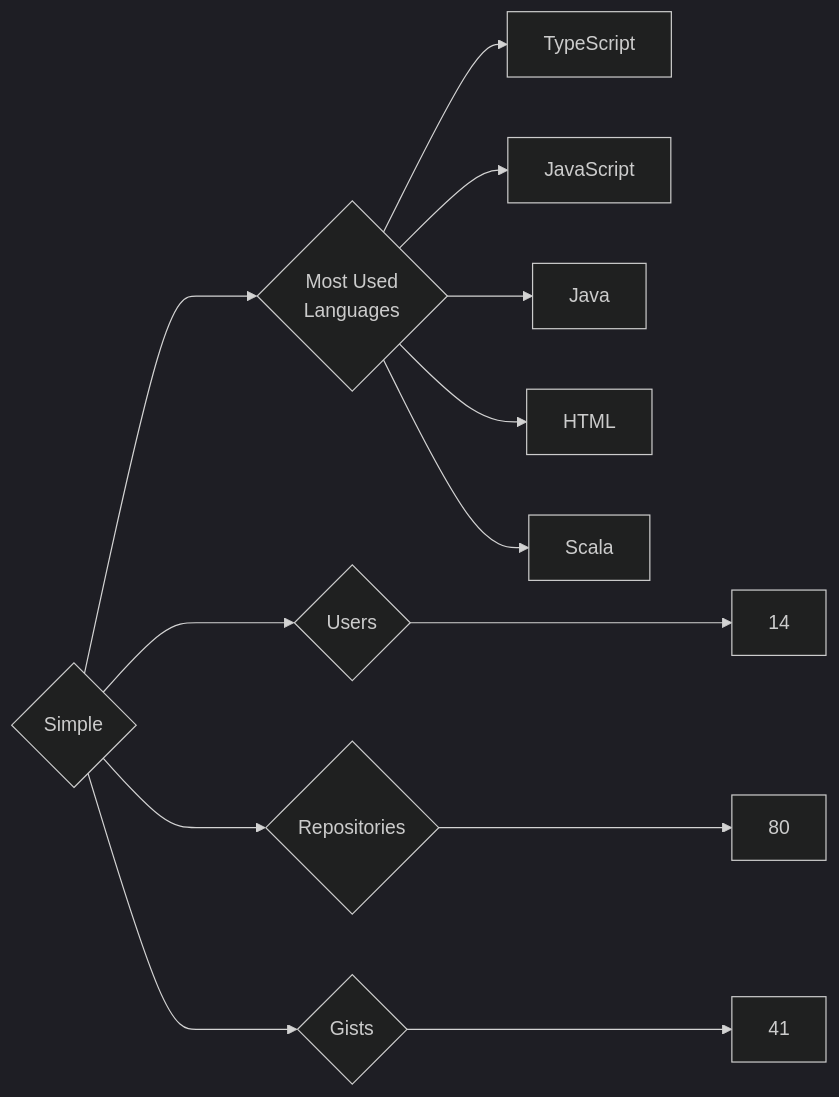
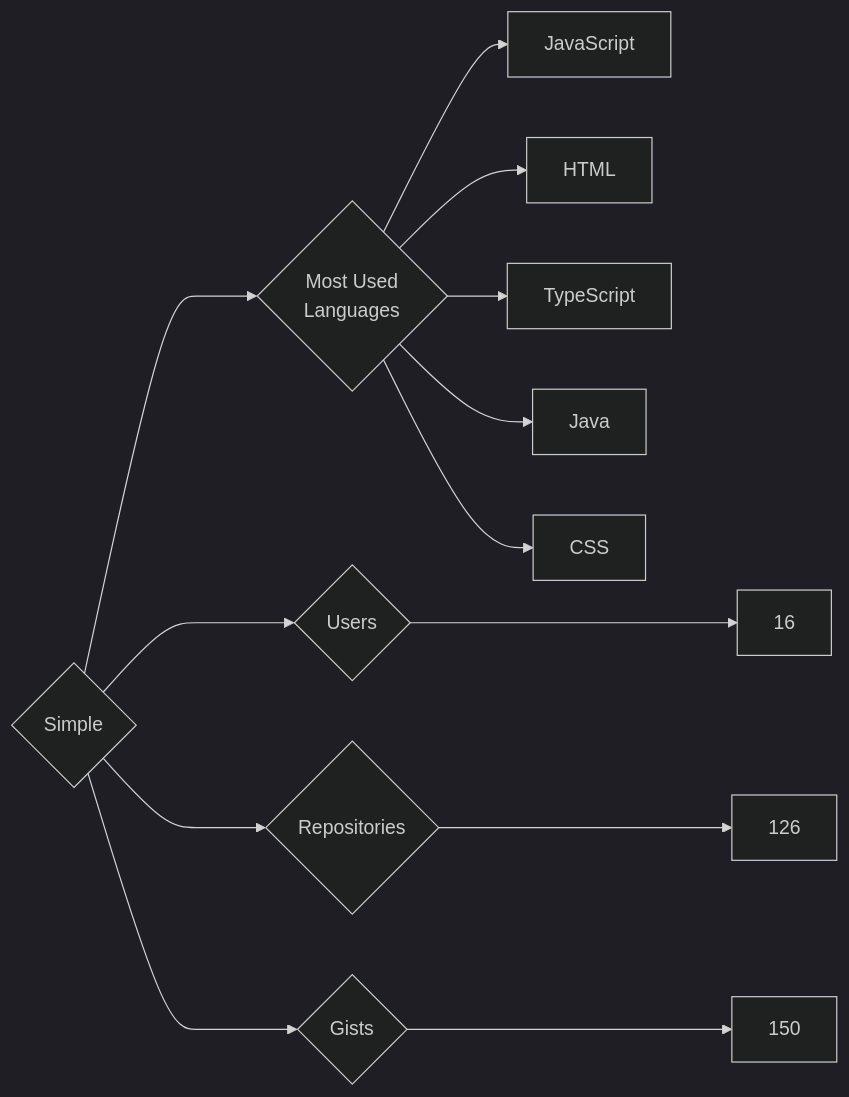
The diagram in targets/Simple/README.md (trickest/insiders), drawn with Mermaid (dark theme) before and after one commit. The commit also changed 886 other files, not shown here.

````diff
--- a/targets/Simple/README.md
+++ b/targets/Simple/README.md
@@ -3,13 +3,13 @@
 ```mermaid
 graph LR
 COMPANY_NAME{Simple}
-COMPANY_NAME ---> U{Users} ---> UN[14]
-COMPANY_NAME ---> R{Repositories} ---> RN[80]
-COMPANY_NAME ---> G{Gists} ---> GN[41]
+COMPANY_NAME ---> U{Users} ---> UN[16]
+COMPANY_NAME ---> R{Repositories} ---> RN[126]
+COMPANY_NAME ---> G{Gists} ---> GN[150]
 COMPANY_NAME ---> ML{Most Used<br>Languages}
+ML --> JavaScript[JavaScript]
+ML --> HTML[HTML]
 ML --> TypeScript[TypeScript]
-ML --> JavaScript[JavaScript]
 ML --> Java[Java]
-ML --> HTML[HTML]
-ML --> Scala[Scala]
+ML --> CSS[CSS]
 ```
````
